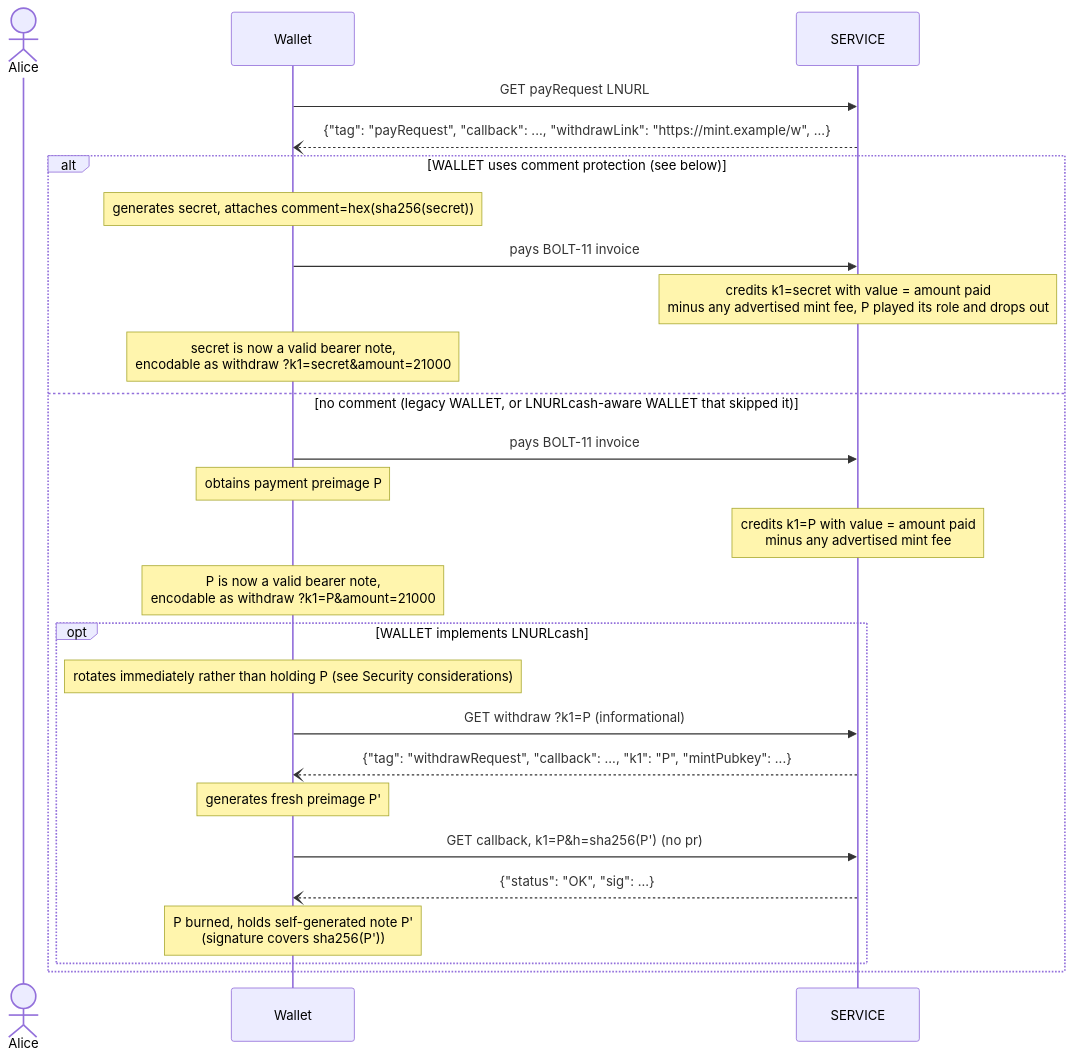
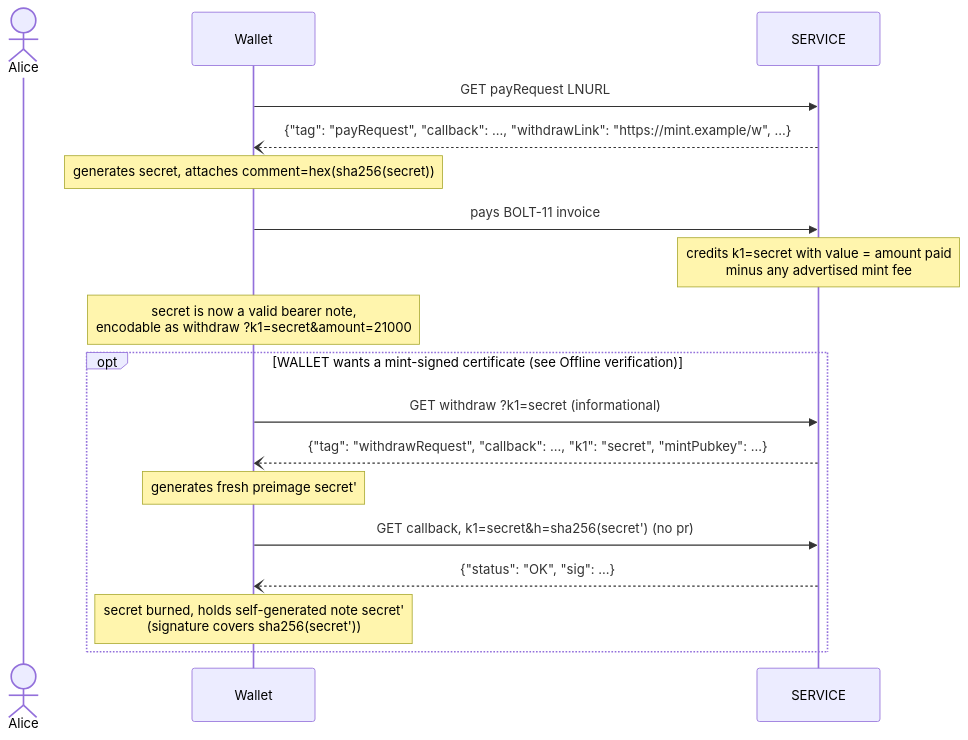
The first of 2 diagrams in 25.md (lnurl/luds), drawn with Mermaid before and after one commit. The commit also changed other lines of this file, not shown here.

Commit message:
fix remove preimage from bolt11 altogether

````diff
--- a/25.md
+++ b/25.md
@@ -39,28 +37,20 @@
 ```mermaid
 sequenceDiagram
     actor Alice
     participant Wallet
     participant SERVICE
     Wallet->>SERVICE: GET payRequest LNURL
     SERVICE--)Wallet: {"tag": "payRequest", "callback": ..., "withdrawLink": "https://mint.example/w", ...}
-    alt WALLET uses comment protection (see below)
-        Note over Wallet: generates secret, attaches comment=hex(sha256(secret))
-        Wallet->>SERVICE: pays BOLT-11 invoice
-        Note over SERVICE: credits k1=secret with value = amount paid<br/>minus any advertised mint fee, P played its role and drops out
-        Note over Wallet: secret is now a valid bearer note,<br/>encodable as withdraw ?k1=secret&amount=21000
-    else no comment (legacy WALLET, or LNURLcash-aware WALLET that skipped it)
-        Wallet->>SERVICE: pays BOLT-11 invoice
-        Note over Wallet: obtains payment preimage P
-        Note over SERVICE: credits k1=P with value = amount paid<br/>minus any advertised mint fee
-        Note over Wallet: P is now a valid bearer note,<br/>encodable as withdraw ?k1=P&amount=21000
-        opt WALLET implements LNURLcash
-            Note over Wallet: rotates immediately rather than holding P (see Security considerations)
-            Wallet->>SERVICE: GET withdraw ?k1=P (informational)
-            SERVICE--)Wallet: {"tag": "withdrawRequest", "callback": ..., "k1": "P", "mintPubkey": ...}
-            Note over Wallet: generates fresh preimage P'
-            Wallet->>SERVICE: GET callback, k1=P&h=sha256(P') (no pr)
-            SERVICE--)Wallet: {"status": "OK", "sig": ...}
-            Note over Wallet: P burned, holds self-generated note P'<br/>(signature covers sha256(P'))
-        end
+    Note over Wallet: generates secret, attaches comment=hex(sha256(secret))
+    Wallet->>SERVICE: pays BOLT-11 invoice
+    Note over SERVICE: credits k1=secret with value = amount paid<br/>minus any advertised mint fee
+    Note over Wallet: secret is now a valid bearer note,<br/>encodable as withdraw ?k1=secret&amount=21000
+    opt WALLET wants a mint-signed certificate (see Offline verification)
+        Wallet->>SERVICE: GET withdraw ?k1=secret (informational)
+        SERVICE--)Wallet: {"tag": "withdrawRequest", "callback": ..., "k1": "secret", "mintPubkey": ...}
+        Note over Wallet: generates fresh preimage secret'
+        Wallet->>SERVICE: GET callback, k1=secret&h=sha256(secret') (no pr)
+        SERVICE--)Wallet: {"status": "OK", "sig": ...}
+        Note over Wallet: secret burned, holds self-generated note secret'<br/>(signature covers sha256(secret'))
     end
 ```
````
